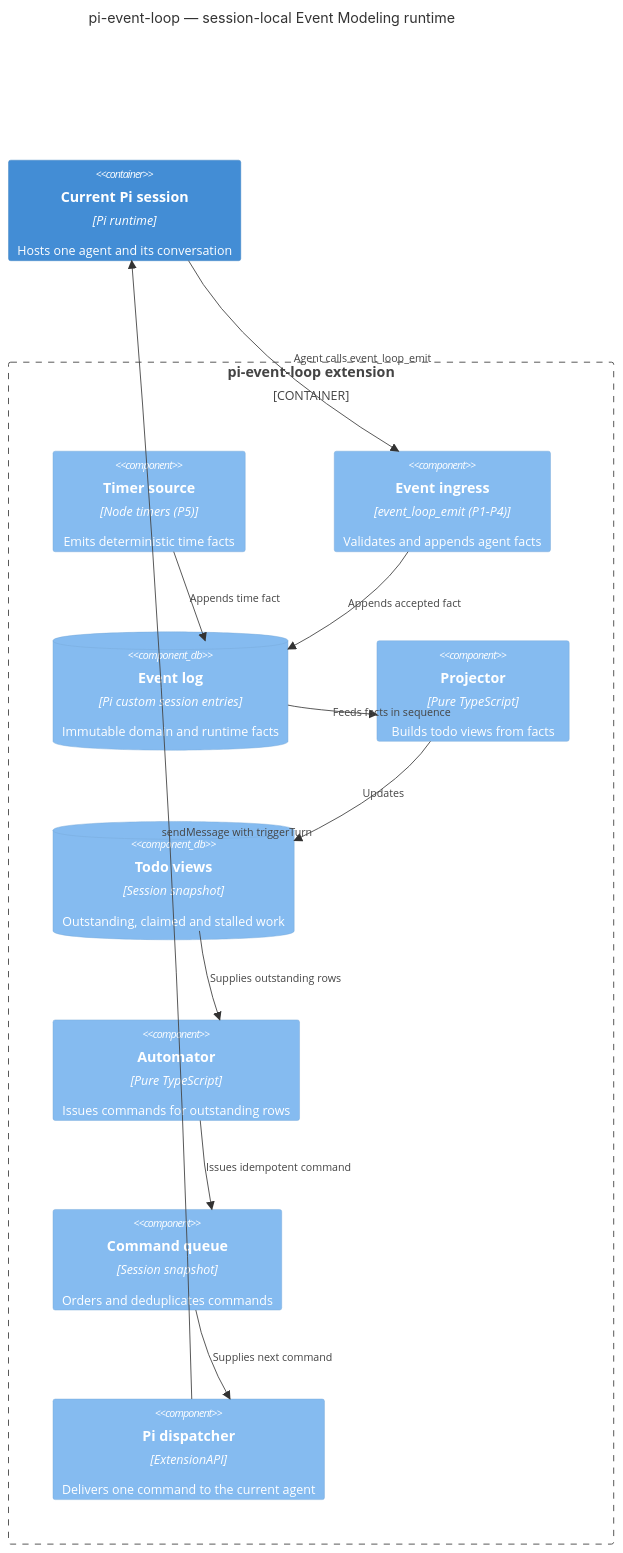
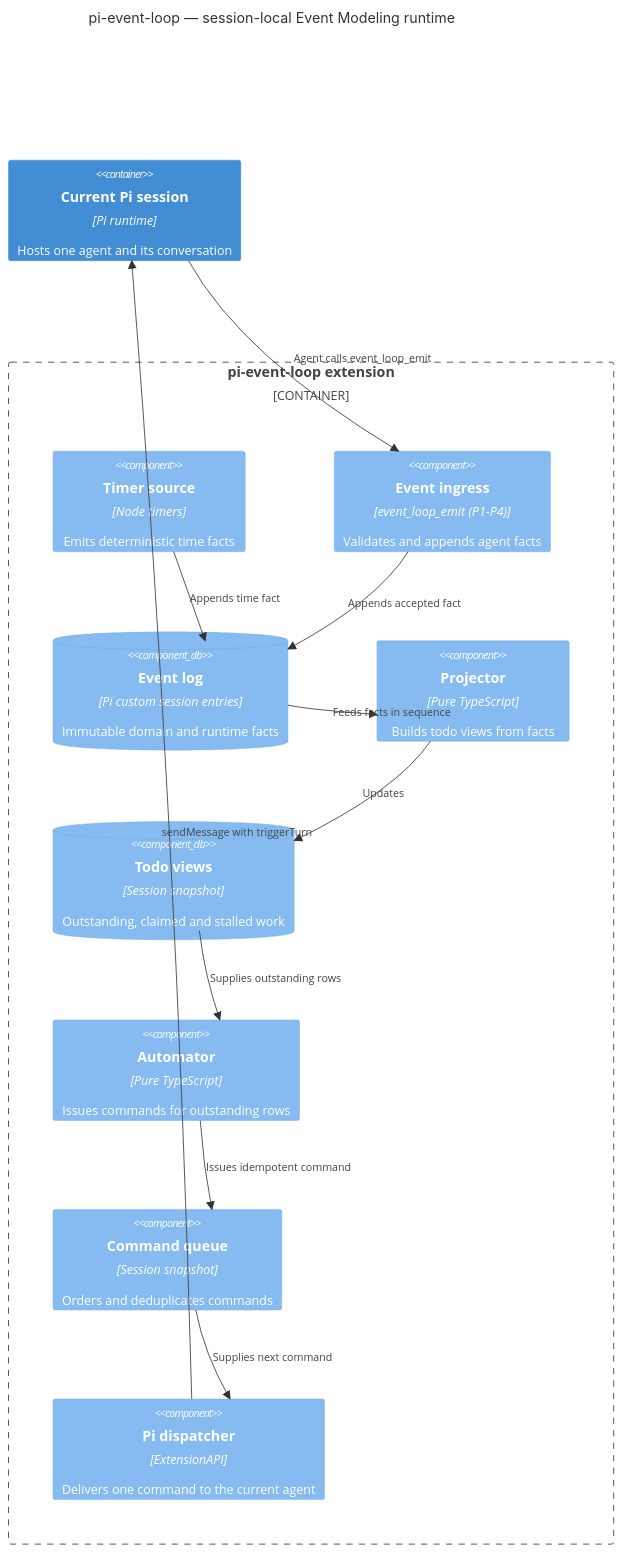
Before and after one commit to tS7hKamAYL84j91/pi-tools-and-skills: the third of 4 diagrams in docs/pi-event-loop-c4.md, drawn with Mermaid. The commit also changed other lines of this file and 10 other files, not shown here.

````diff
--- a/docs/pi-event-loop-c4.md
+++ b/docs/pi-event-loop-c4.md
@@ -62,27 +62,27 @@
 ```mermaid
 C4Component
   title pi-event-loop — session-local Event Modeling runtime
 
   Container(pi, "Current Pi session", "Pi runtime", "Hosts one agent and its conversation")
 
   Container_Boundary(loop, "pi-event-loop extension") {
-    Component(timer, "Timer source", "Node timers (P5)", "Emits deterministic time facts")
+    Component(timer, "Timer source", "Node timers", "Emits deterministic time facts")
     Component(ingress, "Event ingress", "event_loop_emit (P1-P4)", "Validates and appends agent facts")
     ComponentDb(log, "Event log", "Pi custom session entries", "Immutable domain and runtime facts")
     Component(projector, "Projector", "Pure TypeScript", "Builds todo views from facts")
     ComponentDb(views, "Todo views", "Session snapshot", "Outstanding, claimed and stalled work")
     Component(automator, "Automator", "Pure TypeScript", "Issues commands for outstanding rows")
     Component(queue, "Command queue", "Session snapshot", "Orders and deduplicates commands")
     Component(dispatcher, "Pi dispatcher", "ExtensionAPI", "Delivers one command to the current agent")
   }
 
   Rel(timer, log, "Appends time fact")
   Rel(pi, ingress, "Agent calls event_loop_emit")
   Rel(ingress, log, "Appends accepted fact")
   Rel(log, projector, "Feeds facts in sequence")
   Rel(projector, views, "Updates")
   Rel(views, automator, "Supplies outstanding rows")
   Rel(automator, queue, "Issues idempotent command")
   Rel(queue, dispatcher, "Supplies next command")
   Rel(dispatcher, pi, "sendMessage with triggerTurn")
 ```
````
